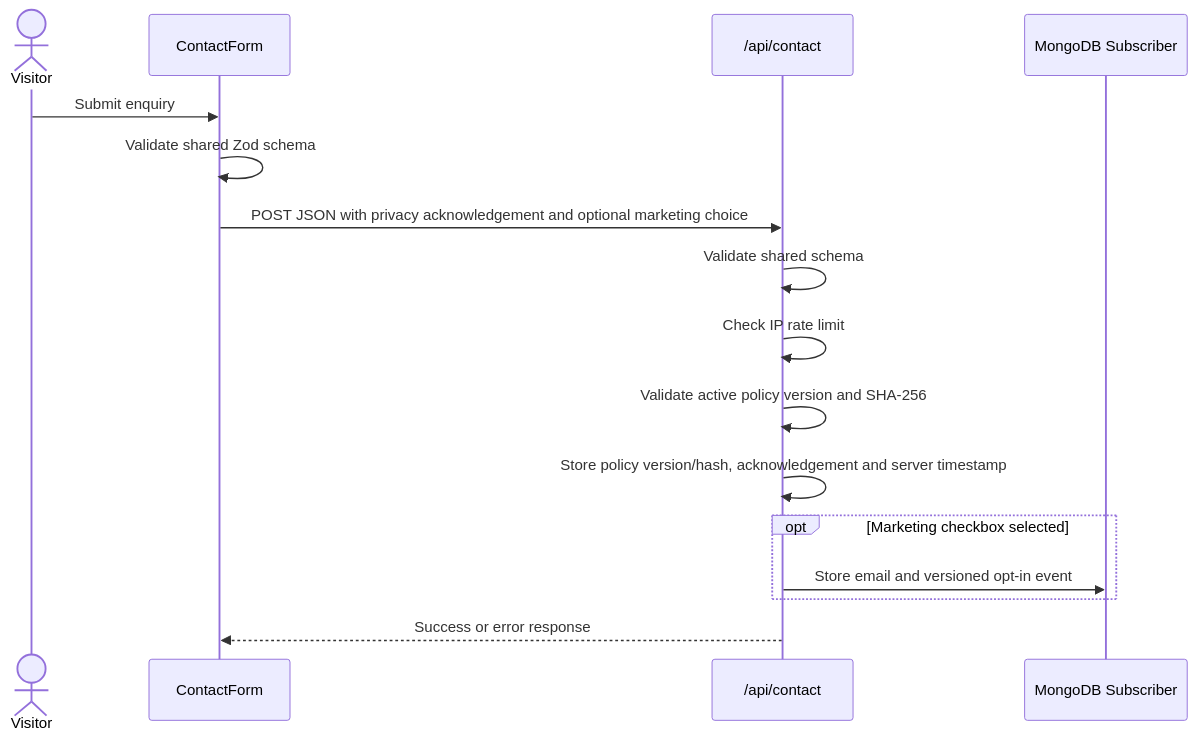
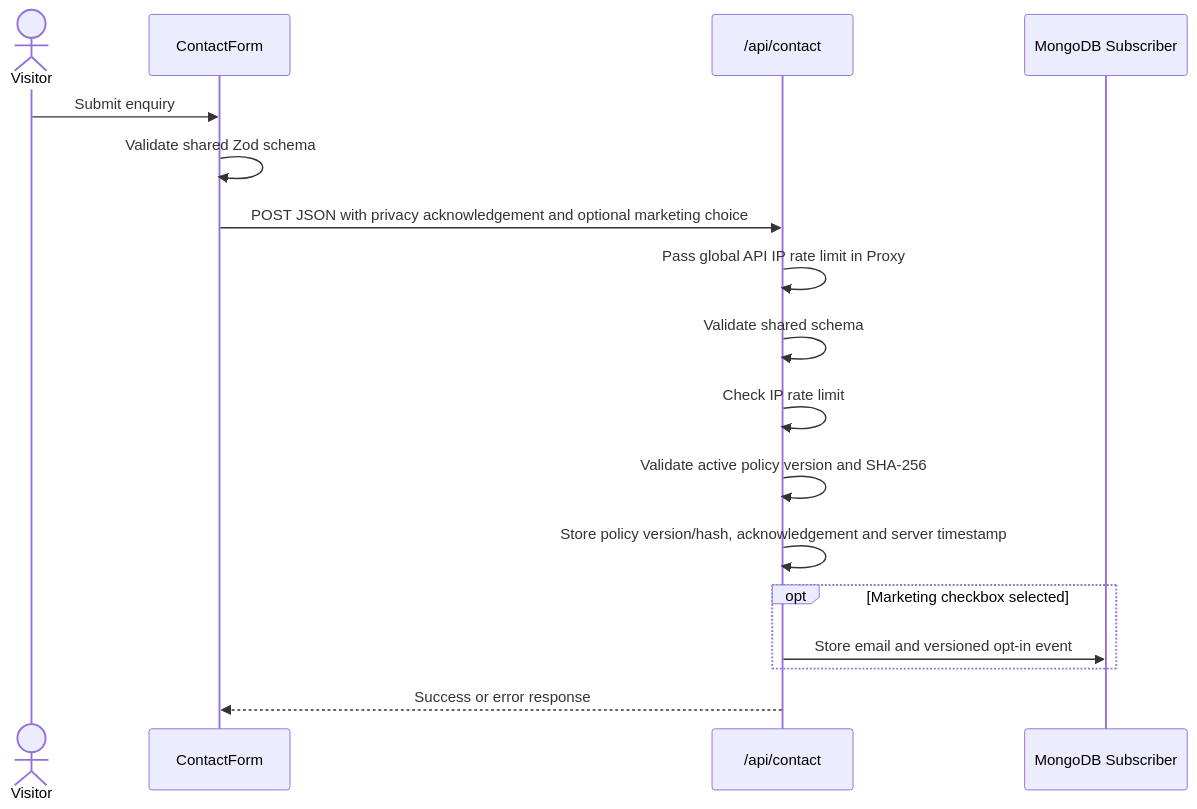
The second of 2 diagrams in docs/ARCHITECTURE.md (nlarge-global/nlarge-global-webste), drawn with Mermaid before and after one commit. The commit also changed other lines of this file and 7 other files, not shown here.

Commit message:
feat: implement centralized rate limiting across API routes; remove legacy rate limit logic

````diff
--- a/docs/ARCHITECTURE.md
+++ b/docs/ARCHITECTURE.md
@@ -189,19 +196,20 @@
 ```mermaid
 sequenceDiagram
     actor Visitor
     participant Form as ContactForm
     participant API as /api/contact
     participant Subscriber as MongoDB Subscriber
 
     Visitor->>Form: Submit enquiry
     Form->>Form: Validate shared Zod schema
     Form->>API: POST JSON with privacy acknowledgement and optional marketing choice
+    API->>API: Pass global API IP rate limit in Proxy
     API->>API: Validate shared schema
     API->>API: Check IP rate limit
     API->>API: Validate active policy version and SHA-256
     API->>API: Store policy version/hash, acknowledgement and server timestamp
     opt Marketing checkbox selected
         API->>Subscriber: Store email and versioned opt-in event
     end
     API-->>Form: Success or error response
 ```
````
